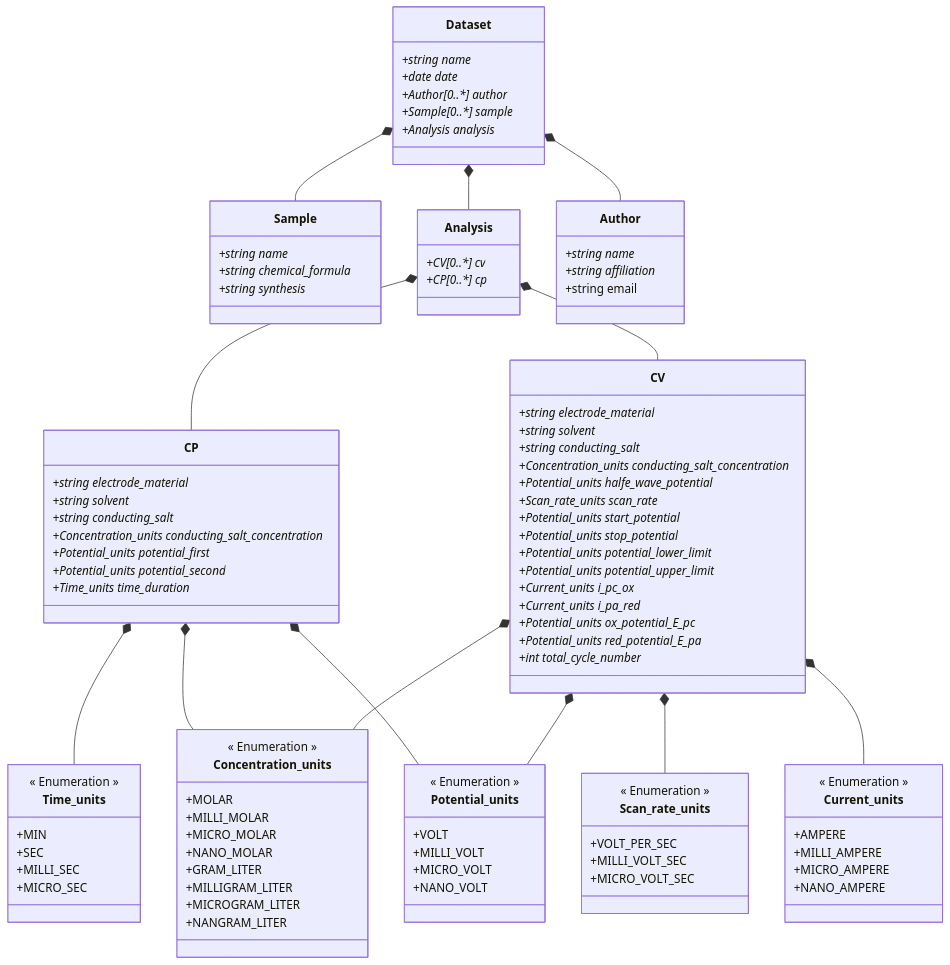
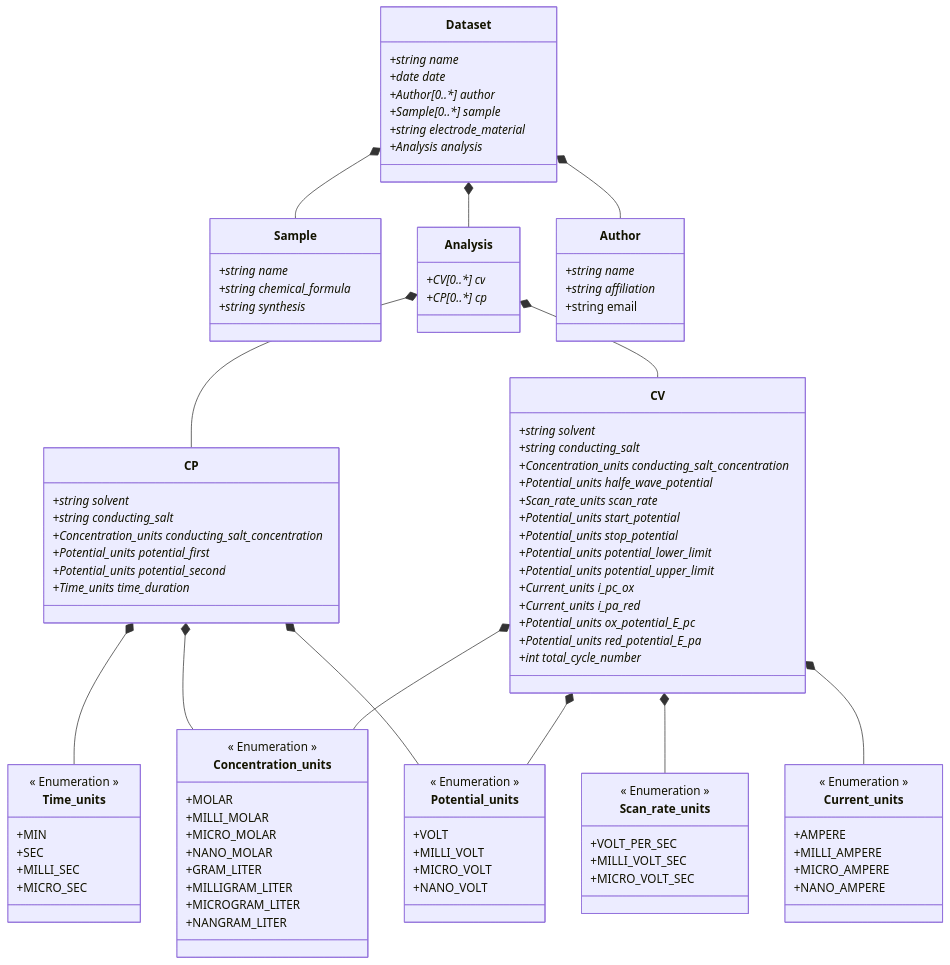
The diagram in ElectrochemistryDataModel/schemes/electrochemistrydatamodel_schema.md (FAIRChemistry/datamodel-electrochemistry), drawn with Mermaid before and after one commit. The commit also changed 7 other files, not shown here.

```diff
--- a/ElectrochemistryDataModel/schemes/electrochemistrydatamodel_schema.md
+++ b/ElectrochemistryDataModel/schemes/electrochemistrydatamodel_schema.md
@@ -18,6 +18,7 @@
         +date date*
         +Author[0..*] author*
         +Sample[0..*] sample*
+        +string electrode_material*
         +Analysis analysis*
     }
     
@@ -33,7 +34,6 @@
     }
     
     class CP {
-        +string electrode_material*
         +string solvent*
         +string conducting_salt*
         +Concentration_units conducting_salt_concentration*
@@ -43,7 +43,6 @@
     }
     
     class CV {
-        +string electrode_material*
         +string solvent*
         +string conducting_salt*
         +Concentration_units conducting_salt_concentration*
```
